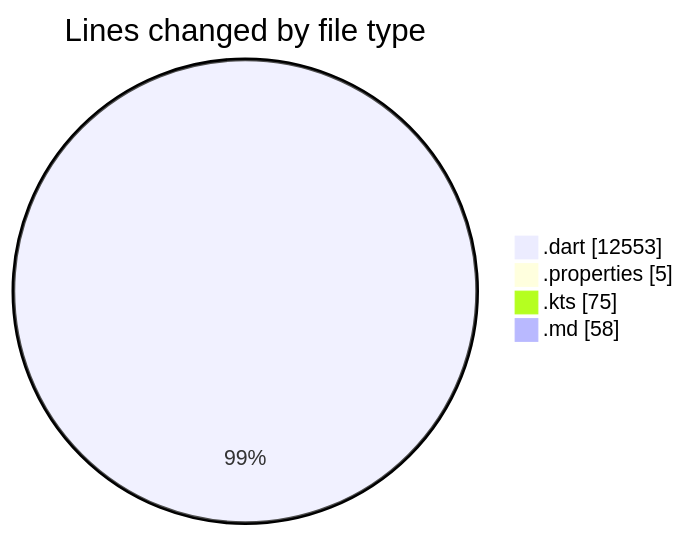
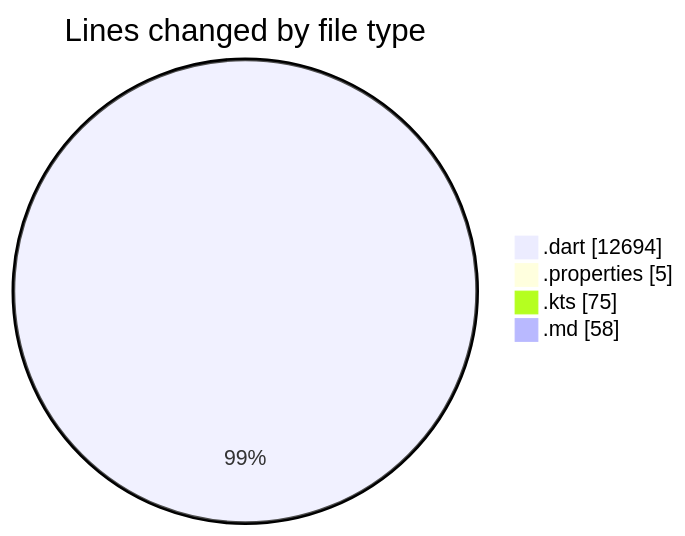
One commit to lephambinh05/code-tracking changed the first of 2 diagrams in 2025-08-25/studybuddy/README.md. Above: the diagram before and after it, drawn with Mermaid. The commit also changed other lines of this file and 1 other file, not shown here.

````diff
--- a/2025-08-25/studybuddy/README.md
+++ b/2025-08-25/studybuddy/README.md
@@ -56,8 +57,8 @@
 ```mermaid
 pie showData
 title Lines changed by file type
-".dart" : 12553
+".dart" : 12694
 ".properties" : 5
 ".kts" : 75
 ".md" : 58
 ```
````
